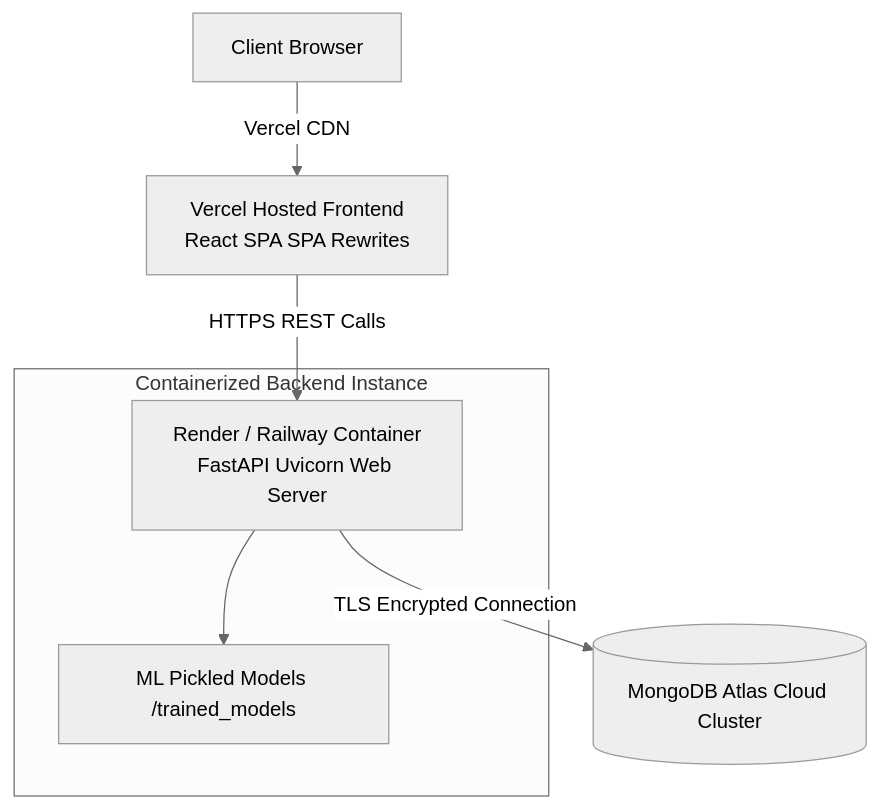
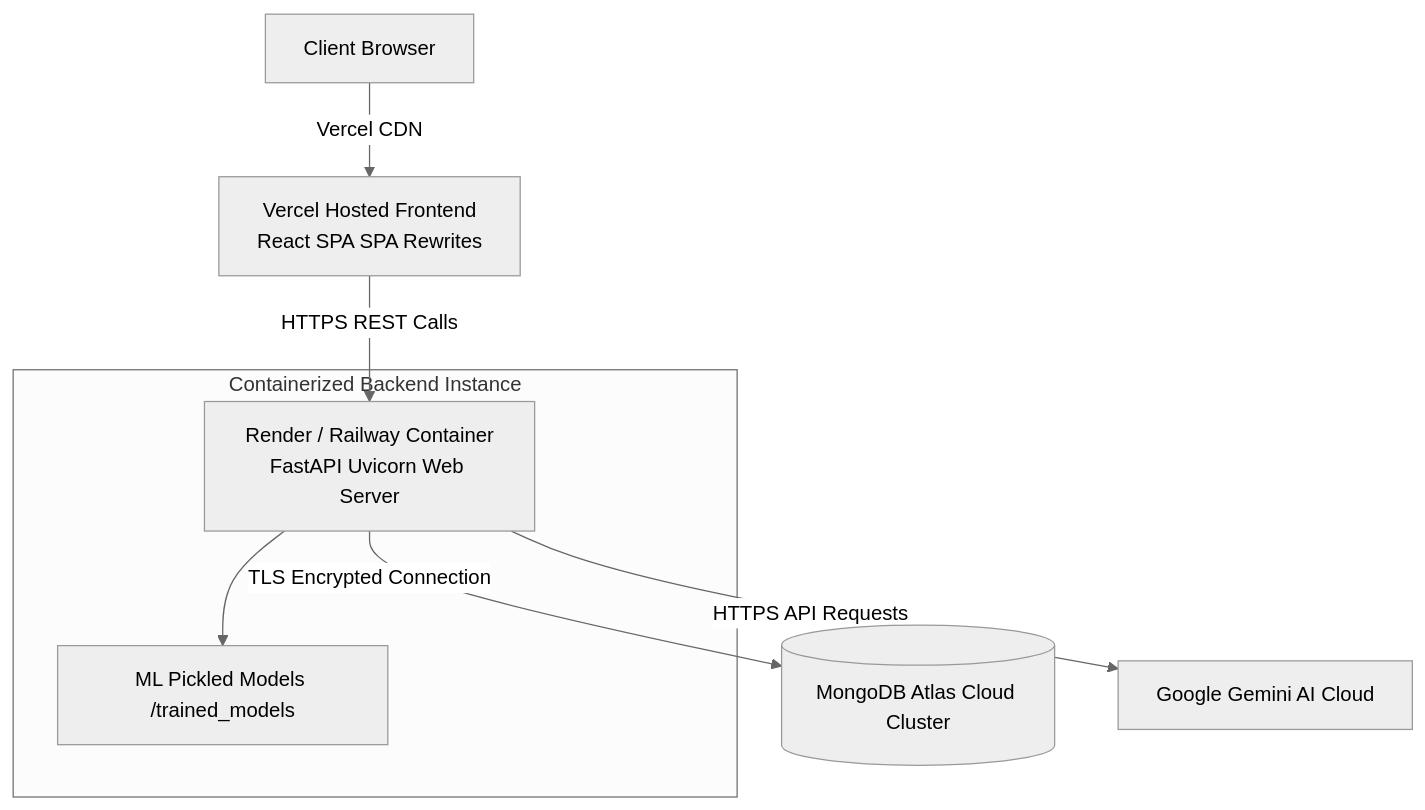
The sixth of 6 diagrams in docs/ARCHITECTURE.md (iotalord21/MediVision-AI), drawn with Mermaid (neutral theme) before and after one commit. The commit also changed other lines of this file and 15 other files, not shown here.

````diff
--- a/docs/ARCHITECTURE.md
+++ b/docs/ARCHITECTURE.md
@@ -108,11 +135,12 @@
 ```mermaid
 graph TD
     Client[Client Browser] -->|Vercel CDN| Vercel[Vercel Hosted Frontend\nReact SPA SPA Rewrites]
     Vercel -->|HTTPS REST Calls| Backend[Render / Railway Container\nFastAPI Uvicorn Web Server]
     
     subgraph Containerized Backend Instance
         Backend --> TrainedAssets[ML Pickled Models /trained_models]
     end
     
     Backend -->|TLS Encrypted Connection| MongoAtlas[(MongoDB Atlas Cloud Cluster)]
+    Backend -->|HTTPS API Requests| Gemini[Google Gemini AI Cloud]
 ```
````
